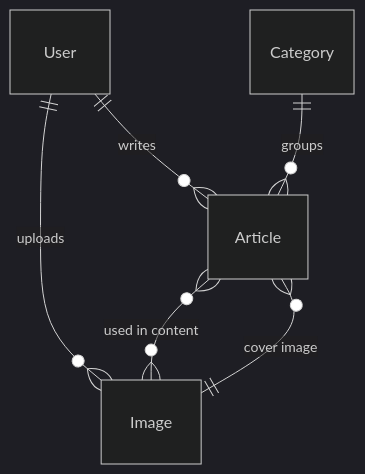
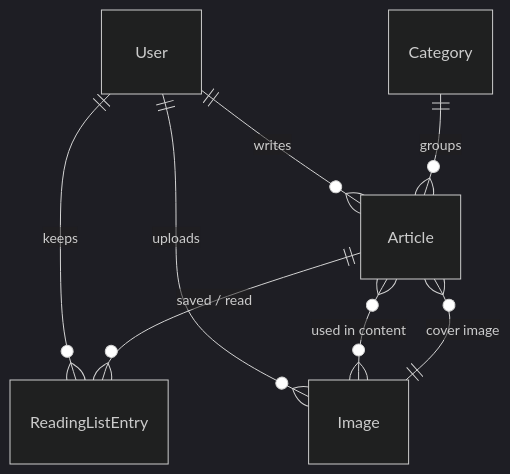
Before and after one commit to MishaK1205/epoch-back: the second of 2 diagrams in PROJECT_CONTEXT.md, drawn with Mermaid (dark theme). The commit also changed other lines of this file and 17 other files, not shown here.

````diff
--- a/PROJECT_CONTEXT.md
+++ b/PROJECT_CONTEXT.md
@@ -178,8 +197,10 @@
 ```mermaid
 erDiagram
+  User ||--o{ ReadingListEntry : keeps
+  Article ||--o{ ReadingListEntry : "saved / read"
   User ||--o{ Article : writes
   User ||--o{ Image : uploads
   Category ||--o{ Article : groups
   Image ||--o{ Article : "cover image"
   Article }o--o{ Image : "used in content"
 ```
````
